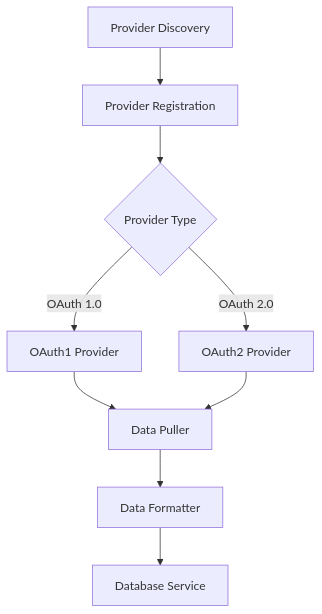
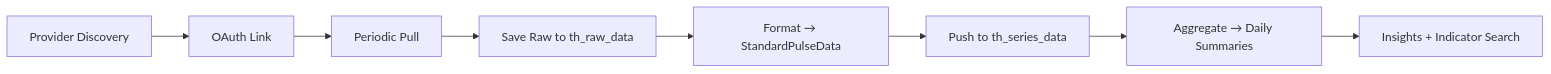
The diagram in en/concepts/architecture.mdx (thetahealth/mirobody-health-docs), drawn with Mermaid before and after one commit. The commit also changed other lines of this file and 65 other files, not shown here.

````diff
--- a/en/concepts/architecture.mdx
+++ b/en/concepts/architecture.mdx
@@ -58,11 +145,10 @@
 ```mermaid
-graph TD
-    A[Provider Discovery] --> B[Provider Registration]
-    B --> C{Provider Type}
-    C --> |OAuth 1.0| D[OAuth1 Provider]
-    C --> |OAuth 2.0| E[OAuth2 Provider]
-    D --> F[Data Puller]
-    E --> F
-    F --> G[Data Formatter]
-    G --> H[Database Service]
+graph LR
+    A[Provider Discovery] --> B[OAuth Link]
+    B --> C[Periodic Pull]
+    C --> D[Save Raw to th_raw_data]
+    D --> E[Format → StandardPulseData]
+    E --> F[Push to th_series_data]
+    F --> G[Aggregate → Daily Summaries]
+    G --> H[Insights + Indicator Search]
 ```
````
